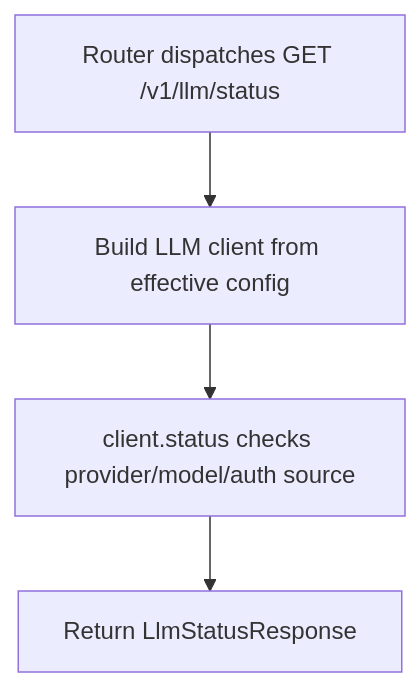
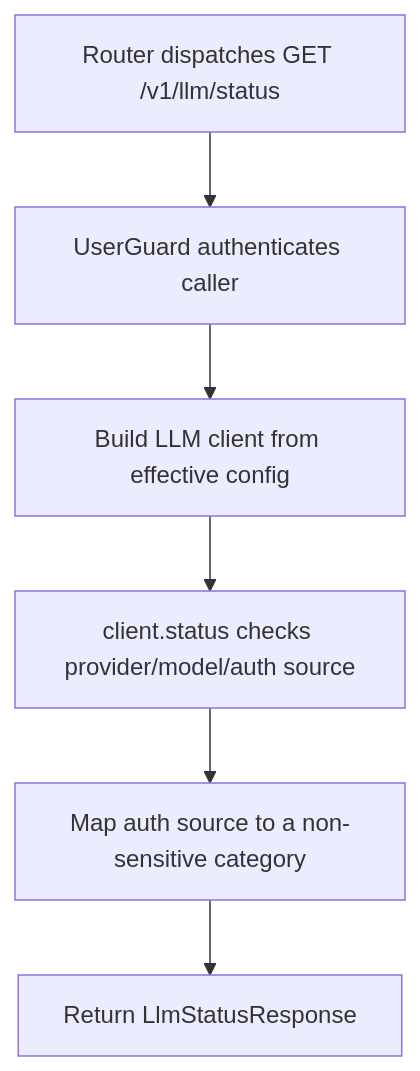
One commit to dickwu/nowledge changed the diagram in doc/api/get_v1_llm_status.md. Above: the diagram before and after it, drawn with Mermaid. The commit also changed other lines of this file and 46 other files, not shown here.

````diff
--- a/doc/api/get_v1_llm_status.md
+++ b/doc/api/get_v1_llm_status.md
@@ -36,10 +36,14 @@
 ```mermaid
 flowchart TD
   n0["Router dispatches GET /v1/llm/status"]
-  n1["Build LLM client from effective config"]
-  n2["client.status checks provider/model/auth source"]
-  n3["Return LlmStatusResponse"]
+  n1["UserGuard authenticates caller"]
+  n2["Build LLM client from effective config"]
+  n3["client.status checks provider/model/auth source"]
+  n4["Map auth source to a non-sensitive category"]
+  n5["Return LlmStatusResponse"]
   n0 --> n1
   n1 --> n2
   n2 --> n3
+  n3 --> n4
+  n4 --> n5
 ```
````
